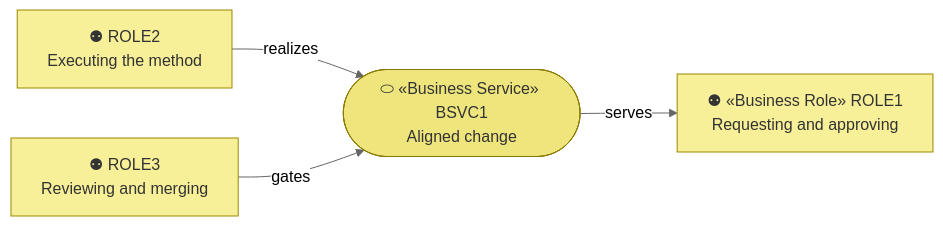
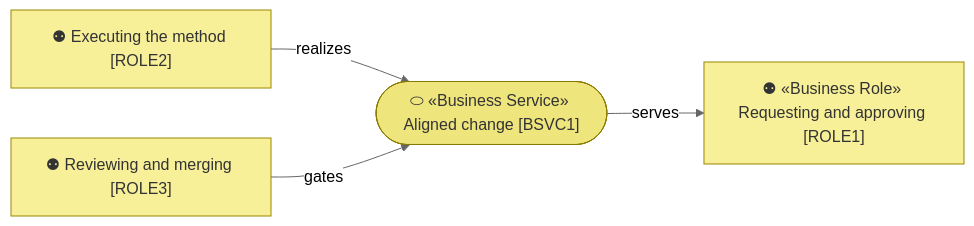
One commit to roanboc/architecture-archreator changed the third of 3 diagrams in product-archreator/architecture/2_business/1_business-actors-and-roles.md. Above: the diagram before and after it, drawn with Mermaid (neutral theme). The commit also changed other lines of this file and 38 other files, not shown here.

````diff
--- a/product-archreator/architecture/2_business/1_business-actors-and-roles.md
+++ b/product-archreator/architecture/2_business/1_business-actors-and-roles.md
@@ -84,15 +84,15 @@
 ```mermaid
 flowchart LR
-  role1["⚉ «Business Role» ROLE1<br>Requesting and approving"]:::role
-  role2["⚉ ROLE2<br>Executing the method"]:::role
-  role3["⚉ ROLE3<br>Reviewing and merging"]:::role
+  role1["⚉ «Business Role» Requesting and approving [ROLE1]"]:::role
+  role2["⚉ Executing the method [ROLE2]"]:::role
+  role3["⚉ Reviewing and merging [ROLE3]"]:::role
 
-  bsvc1(["⬭ «Business Service» BSVC1<br>Aligned change"]):::service
+  bsvc1(["⬭ «Business Service» Aligned change [BSVC1]"]):::service
 
   role2 -->|realizes| bsvc1
   bsvc1 -->|serves| role1
   role3 -->|gates| bsvc1
 
   classDef role fill:#f7f099,stroke:#9a8800,color:#333
   classDef service fill:#efe57d,stroke:#8a7a00,color:#333
 ```
````
